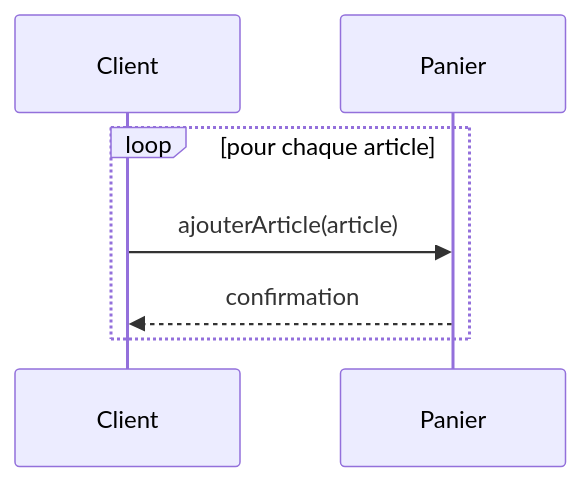
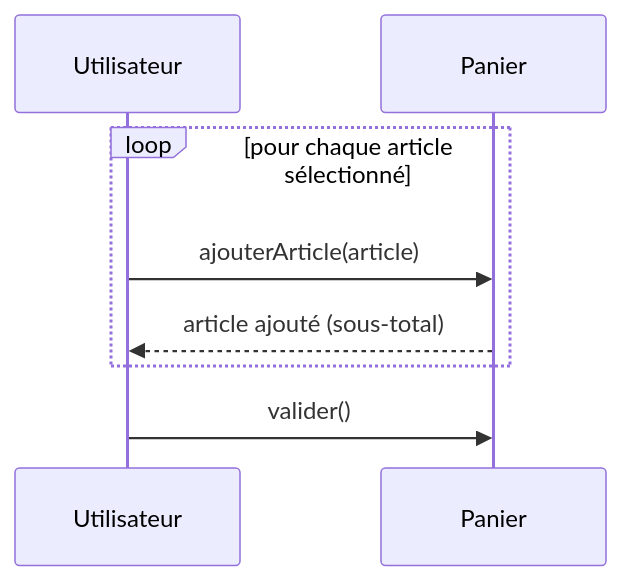
One commit to JR-CIEL-2-PROGRAMMATION/uml-learning changed the fourth of 8 diagrams in 03-diagramme-sequence/notes.md. Above: the diagram before and after it, drawn with Mermaid. The commit also changed other lines of this file and 5 other files, not shown here.

````diff
--- a/03-diagramme-sequence/notes.md
+++ b/03-diagramme-sequence/notes.md
@@ -50,10 +109,11 @@
 ```mermaid
 sequenceDiagram
-    participant Client
+    participant Utilisateur
     participant Panier
 
-    loop pour chaque article
-        Client->>Panier: ajouterArticle(article)
-        Panier-->>Client: confirmation
+    loop pour chaque article sélectionné
+        Utilisateur->>Panier: ajouterArticle(article)
+        Panier-->>Utilisateur: article ajouté (sous-total)
     end
+    Utilisateur->>Panier: valider()
 ```
````
